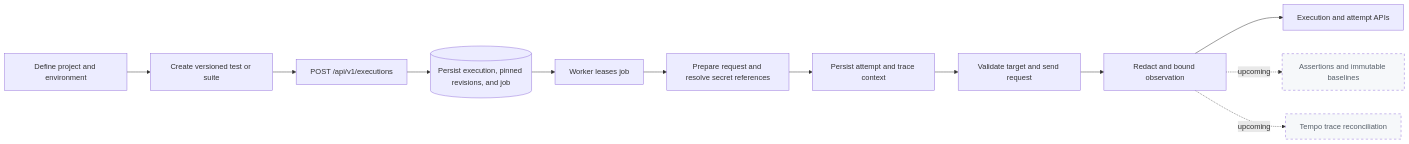
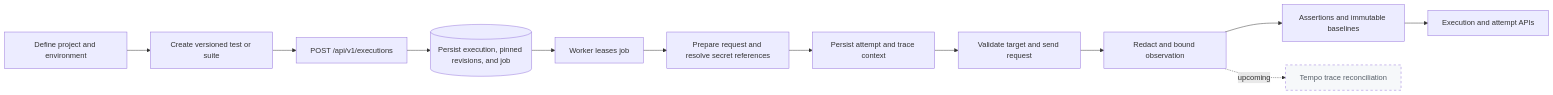
Before and after one commit to amnotwallas/sentinel: the first of 3 diagrams in README.md, drawn with Mermaid. The commit also changed other lines of this file and 6 other files, not shown here.

````diff
--- a/README.md
+++ b/README.md
@@ -68,17 +73,17 @@
 ```mermaid
 flowchart LR
     A[Define project and environment] --> B[Create versioned test or suite]
     B --> C[POST /api/v1/executions]
     C --> D[(Persist execution, pinned revisions, and job)]
     D --> E[Worker leases job]
     E --> F[Prepare request and resolve secret references]
     F --> G[Persist attempt and trace context]
     G --> H[Validate target and send request]
     H --> I[Redact and bound observation]
-    I --> J[Execution and attempt APIs]
-    I -. upcoming .-> K[Assertions and immutable baselines]
+    I --> K[Assertions and immutable baselines]
+    K --> J[Execution and attempt APIs]
     I -. upcoming .-> L[Tempo trace reconciliation]
 
     classDef planned stroke-dasharray: 5 5,fill:#f6f8fa,color:#57606a;
-    class K,L planned;
+    class L planned;
 ```
````
